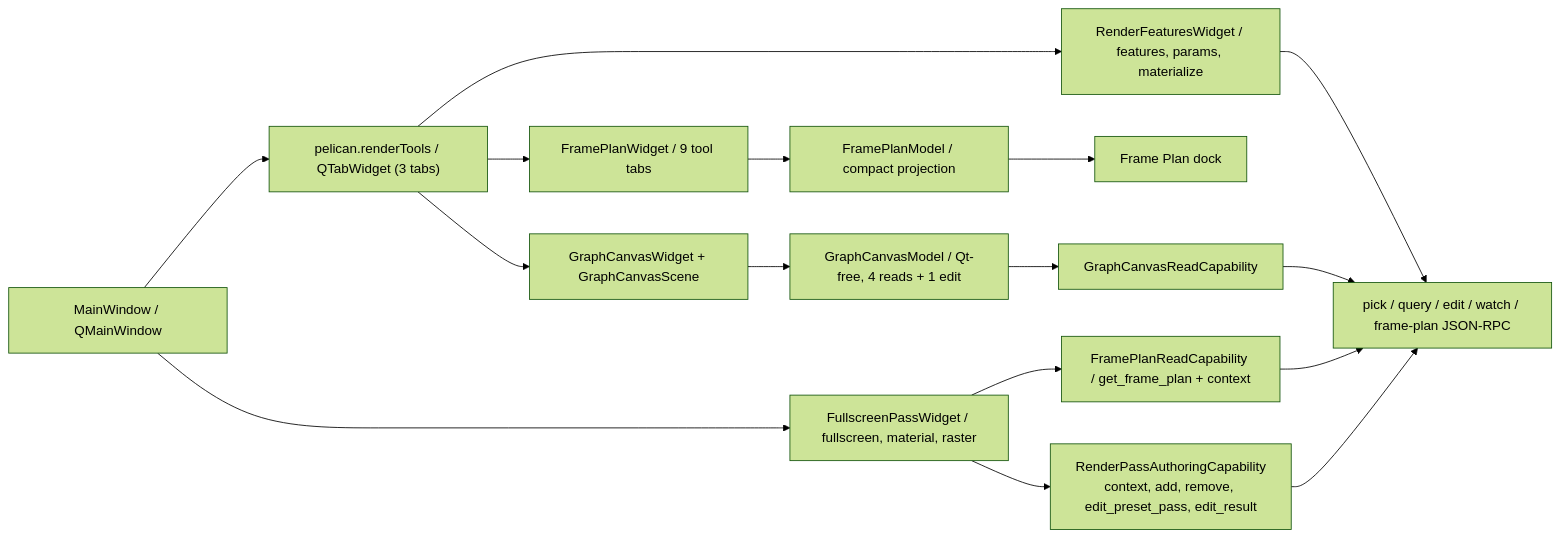
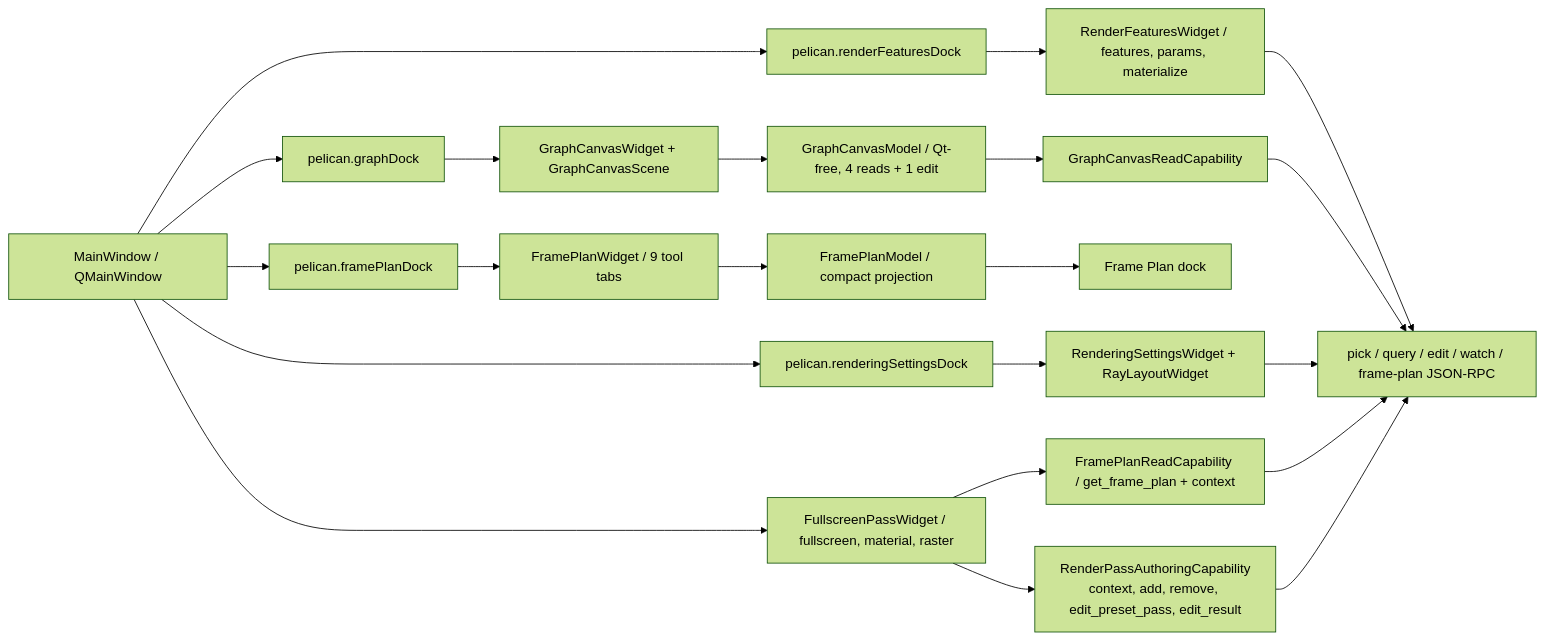
One commit to pelican-games/peligraph changed the third of 5 diagrams in docs/source-code-guide/07_tools_rpc_tests.md. Above: the diagram before and after it, drawn with Mermaid (forest theme). The commit also changed other lines of this file and 9 other files, not shown here.

````diff
--- a/docs/source-code-guide/07_tools_rpc_tests.md
+++ b/docs/source-code-guide/07_tools_rpc_tests.md
@@ -340,23 +340,27 @@
 ```mermaid
 flowchart LR
     Window["MainWindow / QMainWindow"]
-    Tabs["pelican.renderTools / QTabWidget (3 tabs)"]
+    GraphDock["pelican.graphDock"]
+    PlanDockUi["pelican.framePlanDock"]
+    FeaturesDock["pelican.renderFeaturesDock"]
+    SettingsDock["pelican.renderingSettingsDock"]
+    Settings["RenderingSettingsWidget + RayLayoutWidget"]
     PlanWidget["FramePlanWidget / 9 tool tabs"]
     Features["RenderFeaturesWidget / features, params, materialize"]
     Canvas["GraphCanvasWidget + GraphCanvasScene"]
     PlanModel["FramePlanModel / compact projection"]
     PlanDock["Frame Plan dock"]
     CanvasModel["GraphCanvasModel / Qt-free, 4 reads + 1 edit"]
     CanvasCap["GraphCanvasReadCapability"]
     PassForm["FullscreenPassWidget / fullscreen, material, raster"]
     PlanCap["FramePlanReadCapability / get_frame_plan + context"]
     PassCap["RenderPassAuthoringCapability<br/>context, add, remove, edit_preset_pass, edit_result"]
     Rpc["pick / query / edit / watch / frame-plan JSON-RPC"]
-    Window --> Tabs
-    Tabs --> PlanWidget --> PlanModel --> PlanDock
-    Tabs --> Features --> Rpc
-    Tabs --> Canvas --> CanvasModel --> CanvasCap --> Rpc
+    Window --> PlanDockUi --> PlanWidget --> PlanModel --> PlanDock
+    Window --> FeaturesDock --> Features --> Rpc
+    Window --> GraphDock --> Canvas --> CanvasModel --> CanvasCap --> Rpc
+    Window --> SettingsDock --> Settings --> Rpc
     Window --> PassForm
     PassForm --> PlanCap --> Rpc
     PassForm --> PassCap --> Rpc
 ```
````
